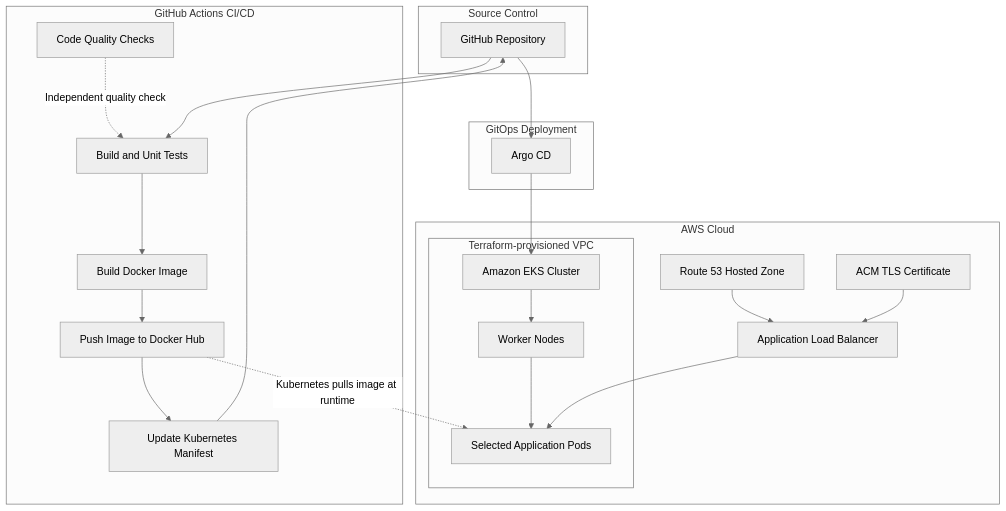
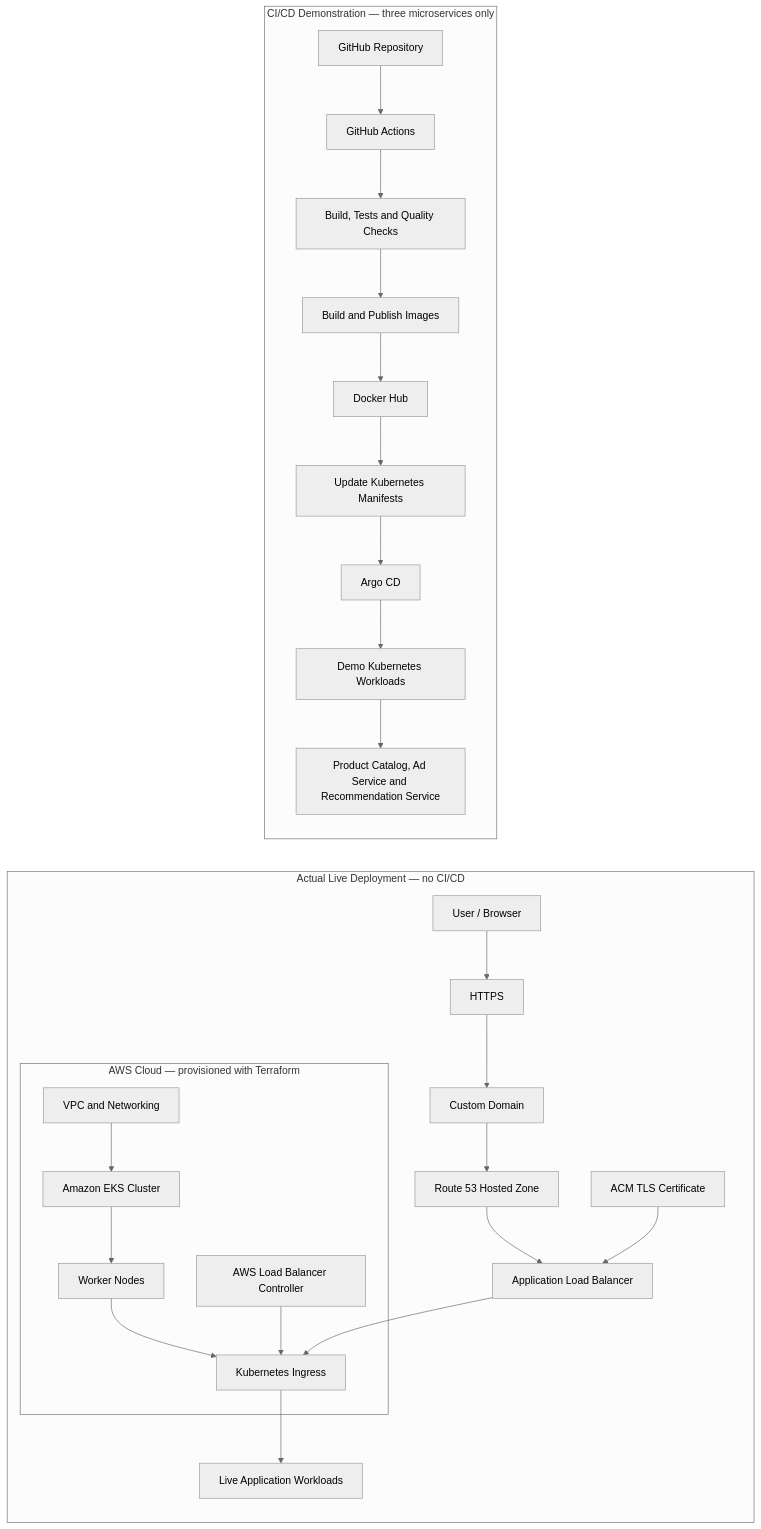
The second of 3 diagrams in README.md (Ifeday0/ultimate-devops-project-demo), drawn with Mermaid (neutral theme) before and after one commit. The commit also changed other lines of this file and 3 other files, not shown here.

````diff
--- a/README.md
+++ b/README.md
@@ -72,41 +99,29 @@
 ``` mermaid
-flowchart TB
-    subgraph Source["Source Control"]
-        GH[GitHub Repository]
+flowchart LR
+    subgraph LIVE["Actual Live Deployment — no CI/CD"]
+        USER[User / Browser] --> HTTPS[HTTPS]
+        HTTPS --> DOMAIN[Custom Domain]
+        DOMAIN --> R53[Route 53 Hosted Zone]
+        R53 --> ALB[Application Load Balancer]
+        ACM[ACM TLS Certificate] --> ALB
+        subgraph AWS["AWS Cloud — provisioned with Terraform"]
+            VPC[VPC and Networking] --> EKS[Amazon EKS Cluster]
+            EKS --> NODES[Worker Nodes]
+            NODES --> INGRESS[Kubernetes Ingress]
+            ALC[AWS Load Balancer Controller] --> INGRESS
+        end
+        ALB --> INGRESS
+        INGRESS --> APP[Live Application Workloads]
     end
 
-    subgraph Pipeline["GitHub Actions CI/CD"]
-        CI[Build and Unit Tests]
-        CQ[Code Quality Checks]
-        IMG[Build Docker Image]
-        DH[Push Image to Docker Hub]
-        MAN[Update Kubernetes Manifest]
-        CI --> IMG --> DH --> MAN
-        CQ -. Independent quality check .-> CI
+    subgraph DEMO["CI/CD Demonstration — three microservices only"]
+        GH[GitHub Repository] --> GA[GitHub Actions]
+        GA --> CI[Build, Tests and Quality Checks]
+        CI --> IMG[Build and Publish Images]
+        IMG --> DH[Docker Hub]
+        DH --> MAN[Update Kubernetes Manifests]
+        MAN --> ARGO[Argo CD]
+        ARGO --> DEMO_EKS[Demo Kubernetes Workloads]
+        DEMO_EKS --> THREE[Product Catalog, Ad Service and Recommendation Service]
     end
-
-    subgraph AWS["AWS Cloud"]
-        R53[Route 53 Hosted Zone]
-        ACM[ACM TLS Certificate]
-        ALB[Application Load Balancer]
-        subgraph VPC["Terraform-provisioned VPC"]
-            EKS[Amazon EKS Cluster]
-            NODES[Worker Nodes]
-            PODS[Selected Application Pods]
-            EKS --> NODES --> PODS
-        end
-        R53 --> ALB
-        ACM --> ALB
-        ALB --> PODS
-    end
-
-    subgraph GitOps["GitOps Deployment"]
-        ARGO[Argo CD]
-    end
-
-    GH --> CI
-    MAN --> GH
-    GH --> ARGO
-    ARGO --> EKS
-    DH -. Kubernetes pulls image at runtime .-> PODS
 ```
````
